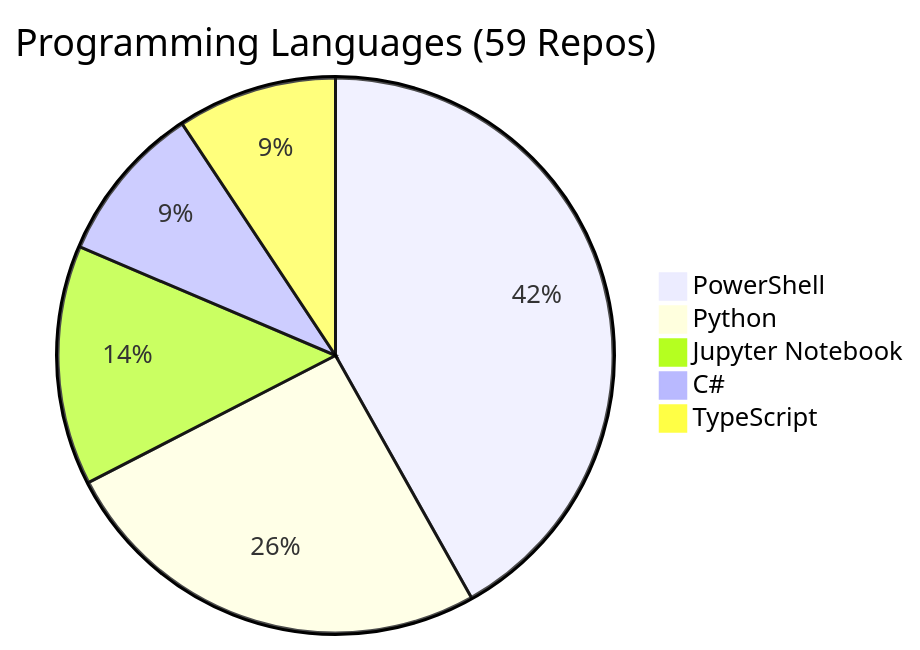
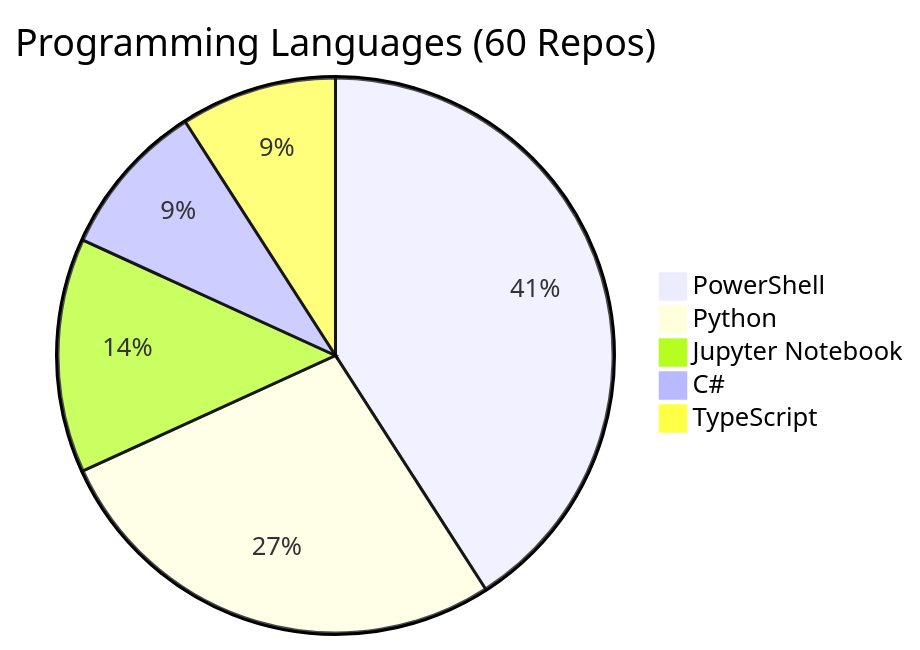
The diagram in REPOS.md (fabioc-aloha/fabioc-aloha), drawn with Mermaid before and after one commit. The commit also changed other lines of this file and 1 other file, not shown here.

````diff
--- a/REPOS.md
+++ b/REPOS.md
@@ -102,8 +103,8 @@
 ```mermaid
-pie title Programming Languages (59 Repos)
+pie title Programming Languages (60 Repos)
     "PowerShell" : 18
-    "Python" : 11
+    "Python" : 12
     "Jupyter Notebook" : 6
     "C#" : 4
     "TypeScript" : 4
 ```
````
